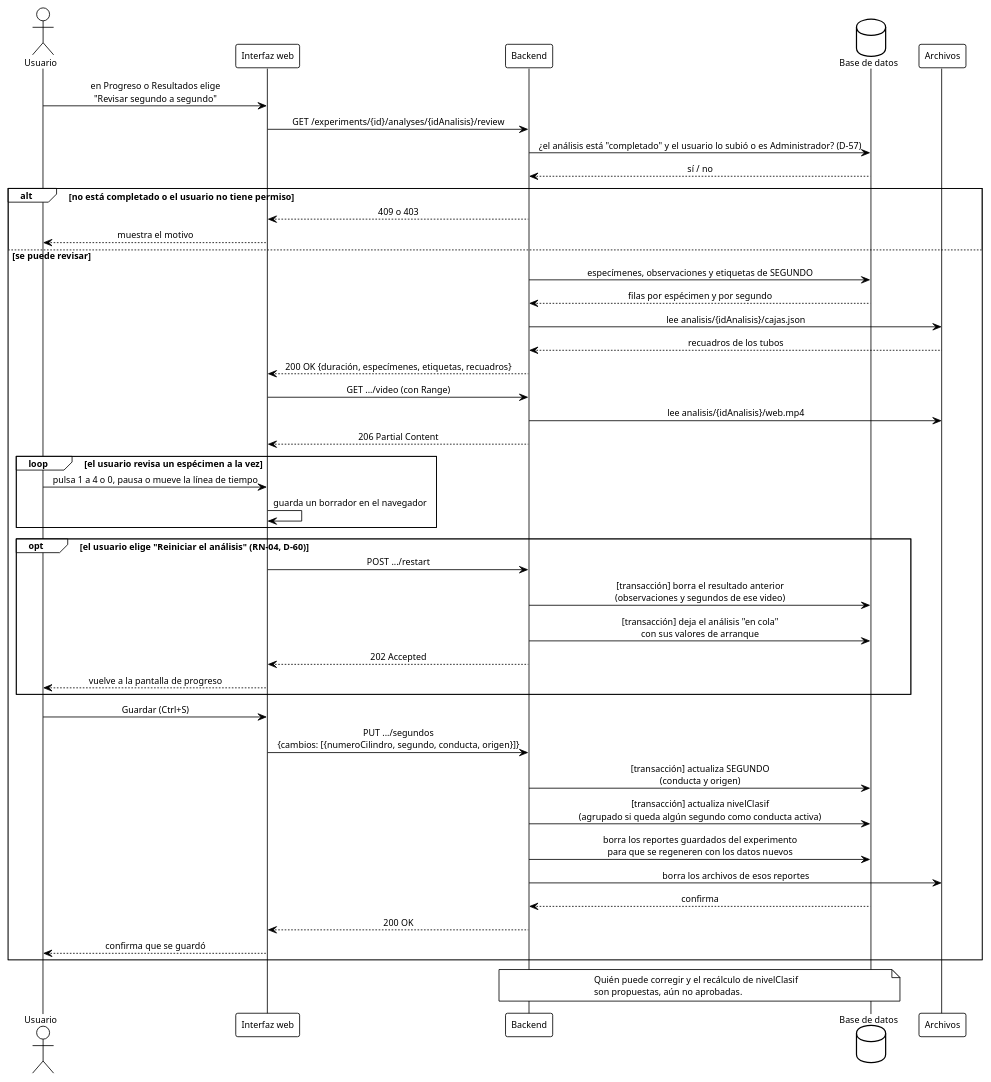
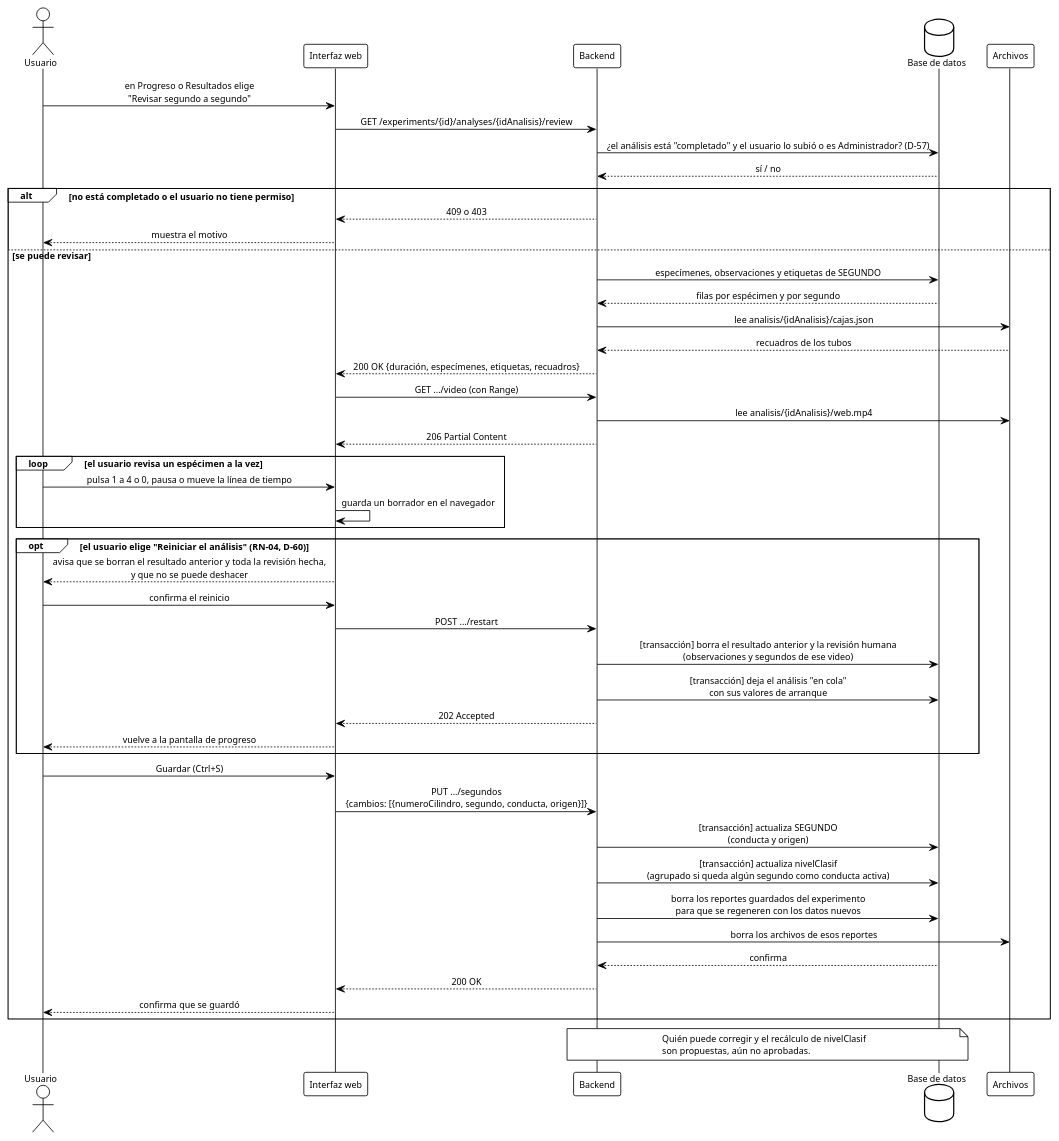
Before and after one commit to ErickJester/fst-ai-system-latex: the diagram in diagramas/guia_web/seq_revision_segundos.puml, drawn with PlantUML. The commit also changed 16 other files, not shown here.

```diff
--- a/diagramas/guia_web/seq_revision_segundos.puml
+++ b/diagramas/guia_web/seq_revision_segundos.puml
@@ -1,55 +1,57 @@
 @startuml seq_revision_segundos
 !theme plain
 skinparam defaultFontName Arial
 skinparam defaultFontSize 11
 skinparam shadowing false
 skinparam sequenceMessageAlign center
 skinparam BoxPadding 10
 actor Usuario as u
 participant "Interfaz web" as ui
 participant Backend as api
 database "Base de datos" as db
 participant "Archivos" as fs
 
 u -> ui: en Progreso o Resultados elige\n"Revisar segundo a segundo"
 ui -> api: GET /experiments/{id}/analyses/{idAnalisis}/review
 api -> db: ¿el análisis está "completado" y el usuario lo subió o es Administrador? (D-57)
 db --> api: sí / no
 alt no está completado o el usuario no tiene permiso
   api --> ui: 409 o 403
   ui --> u: muestra el motivo
 else se puede revisar
   api -> db: especímenes, observaciones y etiquetas de SEGUNDO
   db --> api: filas por espécimen y por segundo
   api -> fs: lee analisis/{idAnalisis}/cajas.json
   fs --> api: recuadros de los tubos
   api --> ui: 200 OK {duración, especímenes, etiquetas, recuadros}
   ui -> api: GET .../video (con Range)
   api -> fs: lee analisis/{idAnalisis}/web.mp4
   api --> ui: 206 Partial Content
   loop el usuario revisa un espécimen a la vez
     u -> ui: pulsa 1 a 4 o 0, pausa o mueve la línea de tiempo
     ui -> ui: guarda un borrador en el navegador
   end
   opt el usuario elige "Reiniciar el análisis" (RN-04, D-60)
+    ui --> u: avisa que se borran el resultado anterior y toda la revisión hecha,\ny que no se puede deshacer
+    u -> ui: confirma el reinicio
     ui -> api: POST .../restart
-    api -> db: [transacción] borra el resultado anterior\n(observaciones y segundos de ese video)
+    api -> db: [transacción] borra el resultado anterior y la revisión humana\n(observaciones y segundos de ese video)
     api -> db: [transacción] deja el análisis "en cola"\ncon sus valores de arranque
     api --> ui: 202 Accepted
     ui --> u: vuelve a la pantalla de progreso
   end
   u -> ui: Guardar (Ctrl+S)
   ui -> api: PUT .../segundos\n{cambios: [{numeroCilindro, segundo, conducta, origen}]}
   api -> db: [transacción] actualiza SEGUNDO\n(conducta y origen)
   api -> db: [transacción] actualiza nivelClasif\n(agrupado si queda algún segundo como conducta activa)
   api -> db: borra los reportes guardados del experimento\npara que se regeneren con los datos nuevos
   api -> fs: borra los archivos de esos reportes
   db --> api: confirma
   api --> ui: 200 OK
   ui --> u: confirma que se guardó
 end
 note over api, db
   Quién puede corregir y el recálculo de nivelClasif
   son propuestas, aún no aprobadas.
 end note
 @enduml
```
